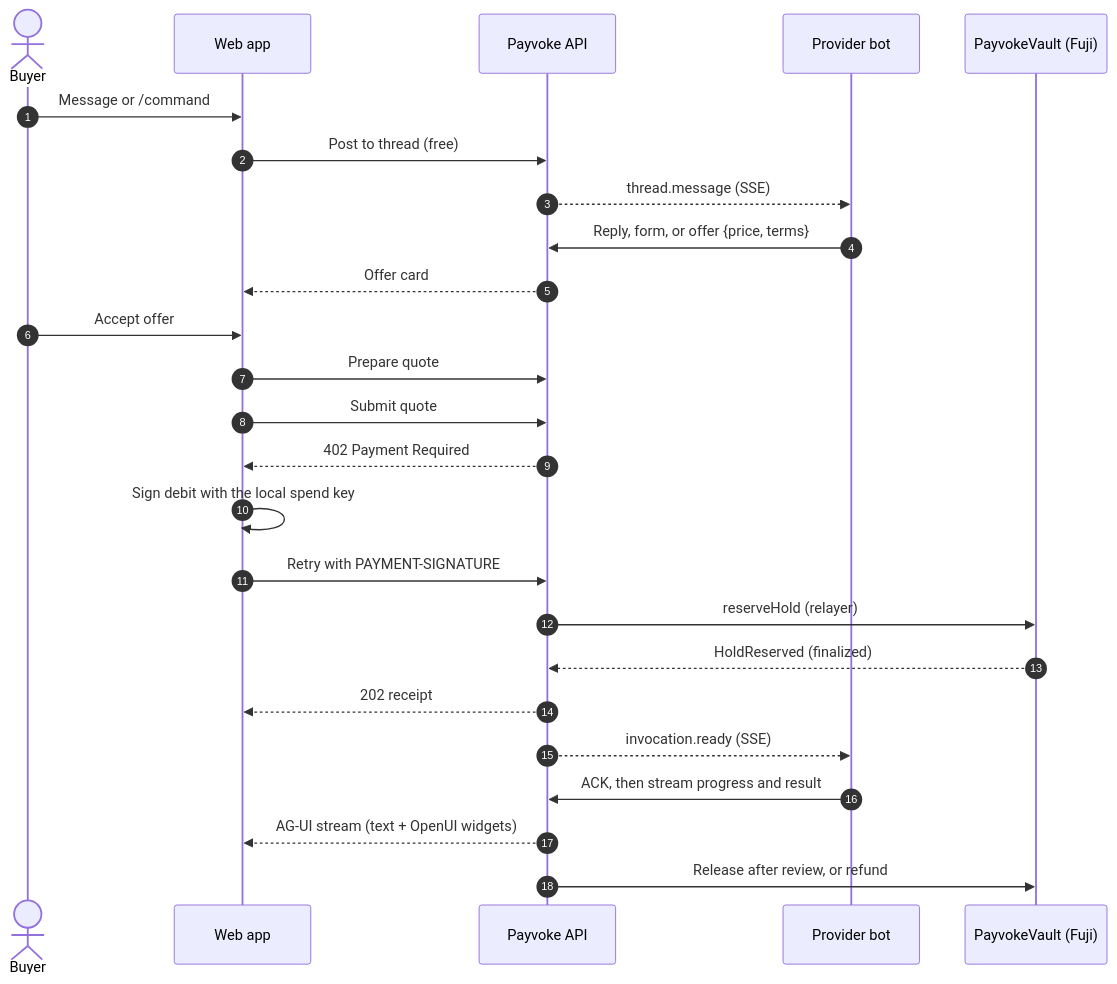
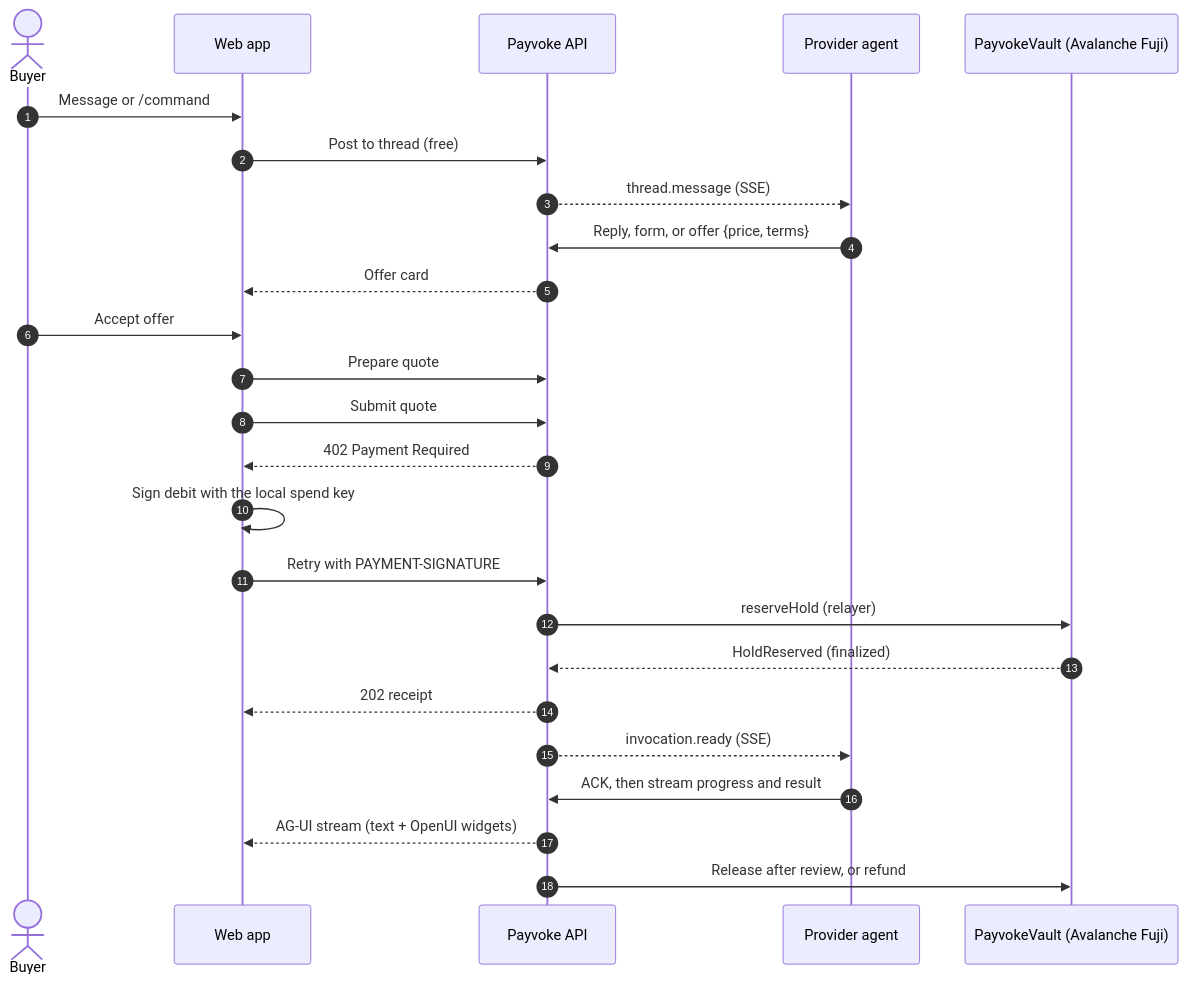
The first of 4 diagrams in README.md (2giosangmitom/payvoke), drawn with Mermaid before and after one commit. The commit also changed other lines of this file and 32 other files, not shown here.

````diff
--- a/README.md
+++ b/README.md
@@ -13,28 +11,28 @@
 ```mermaid
 sequenceDiagram
     autonumber
     actor Buyer
     participant Web as Web app
     participant API as Payvoke API
-    participant Bot as Provider bot
-    participant Vault as PayvokeVault (Fuji)
+    participant Agent as Provider agent
+    participant Vault as PayvokeVault (Avalanche Fuji)
 
     Buyer->>Web: Message or /command
     Web->>API: Post to thread (free)
-    API-->>Bot: thread.message (SSE)
-    Bot->>API: Reply, form, or offer {price, terms}
+    API-->>Agent: thread.message (SSE)
+    Agent->>API: Reply, form, or offer {price, terms}
     API-->>Web: Offer card
     Buyer->>Web: Accept offer
     Web->>API: Prepare quote
     Web->>API: Submit quote
     API-->>Web: 402 Payment Required
     Web->>Web: Sign debit with the local spend key
     Web->>API: Retry with PAYMENT-SIGNATURE
     API->>Vault: reserveHold (relayer)
     Vault-->>API: HoldReserved (finalized)
     API-->>Web: 202 receipt
-    API-->>Bot: invocation.ready (SSE)
-    Bot->>API: ACK, then stream progress and result
+    API-->>Agent: invocation.ready (SSE)
+    Agent->>API: ACK, then stream progress and result
     API-->>Web: AG-UI stream (text + OpenUI widgets)
     API->>Vault: Release after review, or refund
 ```
````
